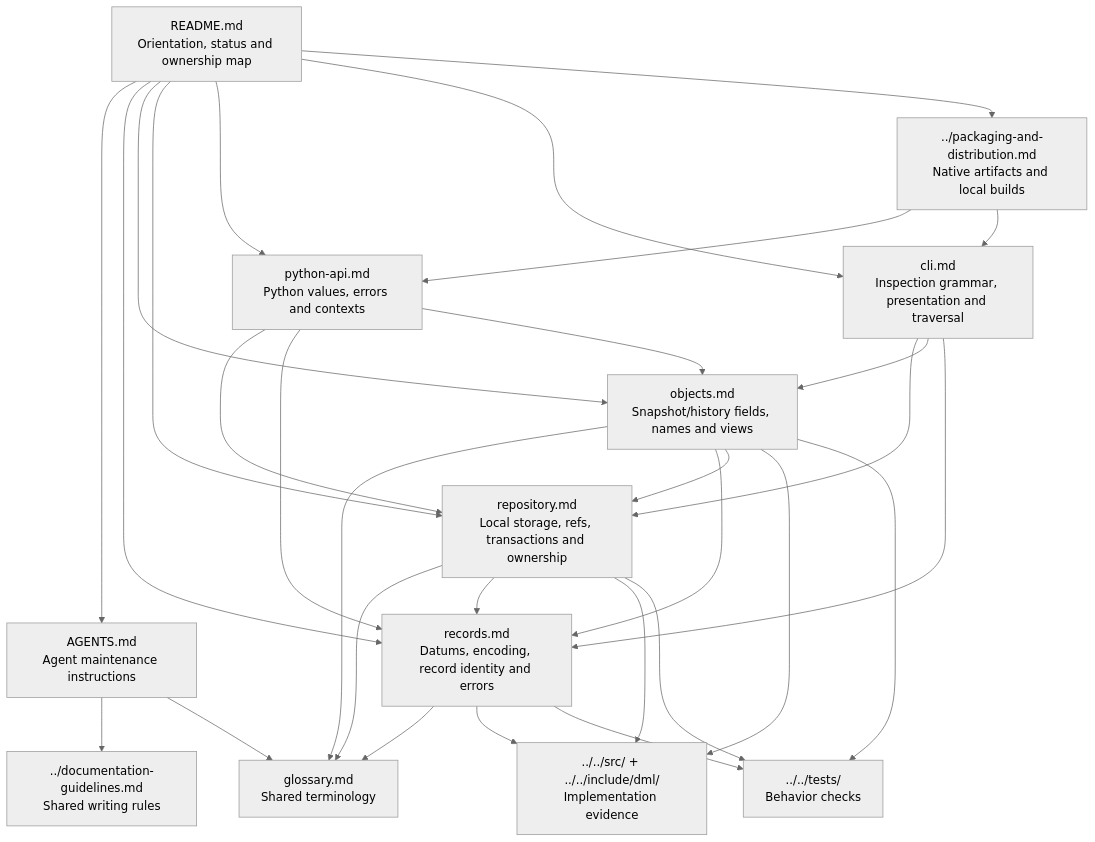
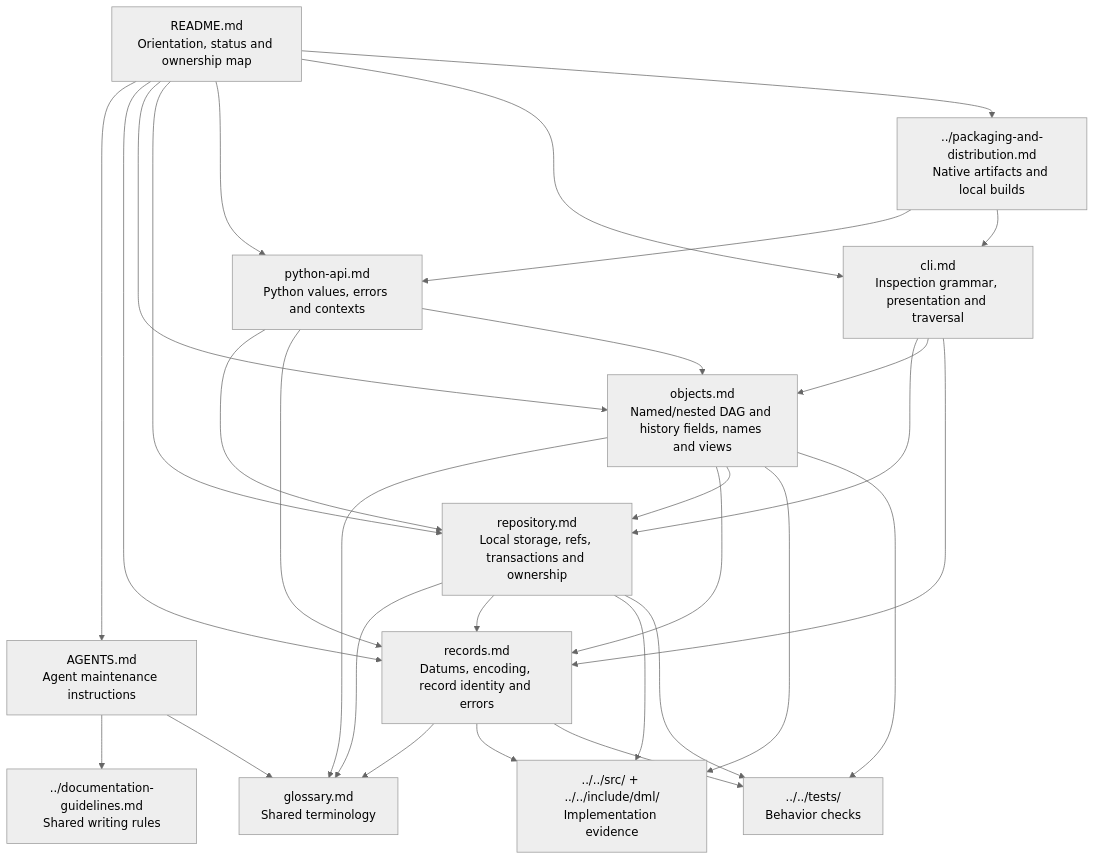
The diagram in docs/spec-next/README.md (micha/dml), drawn with Mermaid (neutral theme) before and after one commit. The commit also changed other lines of this file and 30 other files, not shown here.

````diff
--- a/docs/spec-next/README.md
+++ b/docs/spec-next/README.md
@@ -35,44 +35,44 @@
 ```mermaid
 flowchart TD
     README["README.md<br/>Orientation, status and ownership map"]
     AGENTS["AGENTS.md<br/>Agent maintenance instructions"]
     GUIDE["../documentation-guidelines.md<br/>Shared writing rules"]
     GLOSSARY["glossary.md<br/>Shared terminology"]
     RECORDS["records.md<br/>Datums, encoding, record identity and errors"]
-    OBJECTS["objects.md<br/>Snapshot/history fields, names and views"]
+    OBJECTS["objects.md<br/>Named/nested DAG and history fields, names and views"]
     REPO["repository.md<br/>Local storage, refs, transactions and ownership"]
     PY["python-api.md<br/>Python values, errors and contexts"]
     CLI["cli.md<br/>Inspection grammar, presentation and traversal"]
     PACK["../packaging-and-distribution.md<br/>Native artifacts and local builds"]
     CODE["../../src/ + ../../include/dml/<br/>Implementation evidence"]
     TESTS["../../tests/<br/>Behavior checks"]
     README --> AGENTS
     README --> RECORDS
     README --> OBJECTS
     README --> REPO
     README --> PY
     README --> CLI
     README --> PACK
     PY --> REPO
     PY --> RECORDS
     PY --> OBJECTS
     CLI --> REPO
     CLI --> OBJECTS
     CLI --> RECORDS
     PACK --> PY
     PACK --> CLI
     AGENTS --> GUIDE
     AGENTS --> GLOSSARY
     RECORDS --> GLOSSARY
     OBJECTS --> GLOSSARY
     OBJECTS --> RECORDS
     OBJECTS --> REPO
     OBJECTS --> CODE
     OBJECTS --> TESTS
     REPO --> GLOSSARY
     REPO --> RECORDS
     RECORDS --> CODE
     RECORDS --> TESTS
     REPO --> CODE
     REPO --> TESTS
 ```
````
